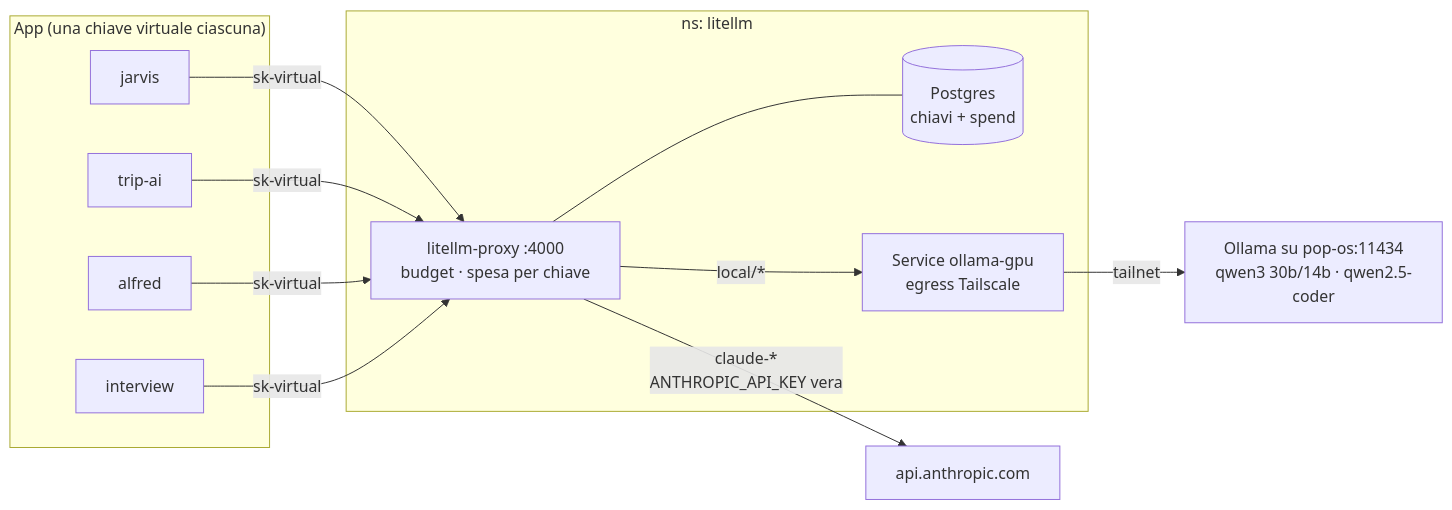
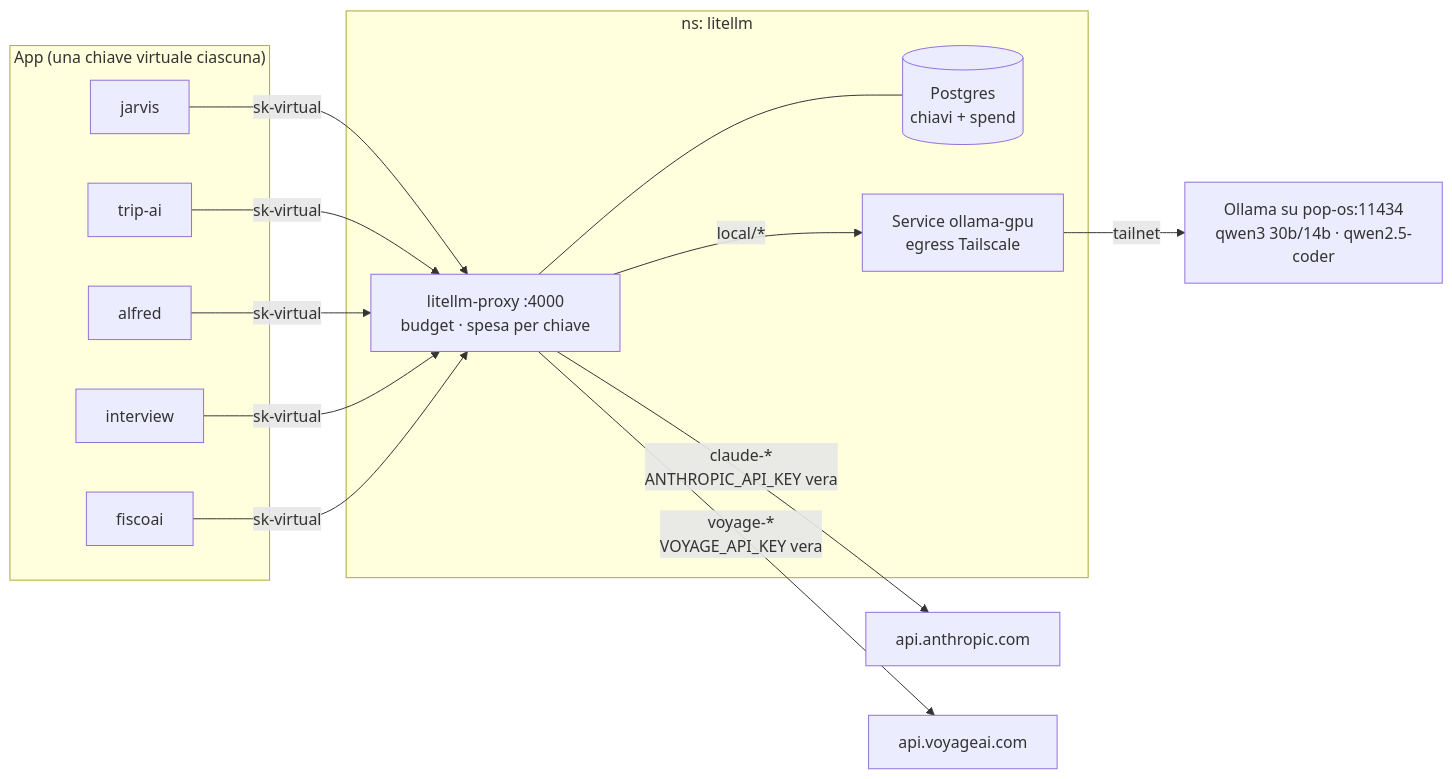
Before and after one commit to gmottola00/Home-Lab-Infra: the fifth of 8 diagrams in README.md, drawn with Mermaid. The commit also changed other lines of this file, not shown here.

Commit message:
docs(readme): FiscoAI, shared Qdrant and Voyage embeddings

````diff
--- a/README.md
+++ b/README.md
@@ -298,20 +305,22 @@
 ```mermaid
 flowchart LR
     subgraph clients["App (una chiave virtuale ciascuna)"]
         j["jarvis"]
         t["trip-ai"]
         al["alfred"]
         iv["interview"]
+        fa["fiscoai"]
     end
 
     subgraph ns["ns: litellm"]
         proxy["litellm-proxy :4000<br/>budget · spesa per chiave"]
         lpg[("Postgres<br/>chiavi + spend")]
         egress["Service ollama-gpu<br/>egress Tailscale"]
     end
 
-    j & t & al & iv -- "sk-virtual" --> proxy
+    j & t & al & iv & fa -- "sk-virtual" --> proxy
     proxy --- lpg
     proxy -- "claude-*<br/>ANTHROPIC_API_KEY vera" --> anth["api.anthropic.com"]
     proxy -- "local/*" --> egress -- tailnet --> ollama["Ollama su pop-os:11434<br/>qwen3 30b/14b · qwen2.5-coder"]
+    proxy -- "voyage-*<br/>VOYAGE_API_KEY vera" --> voy["api.voyageai.com"]
 ```
````
